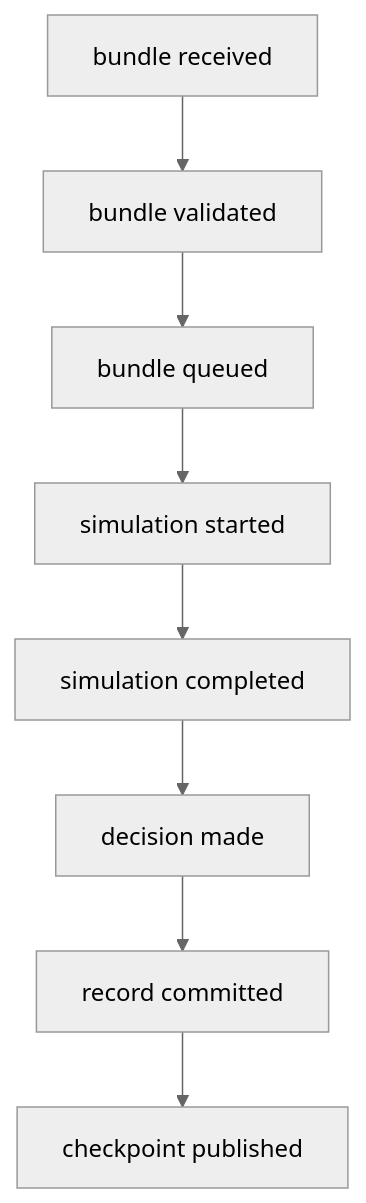
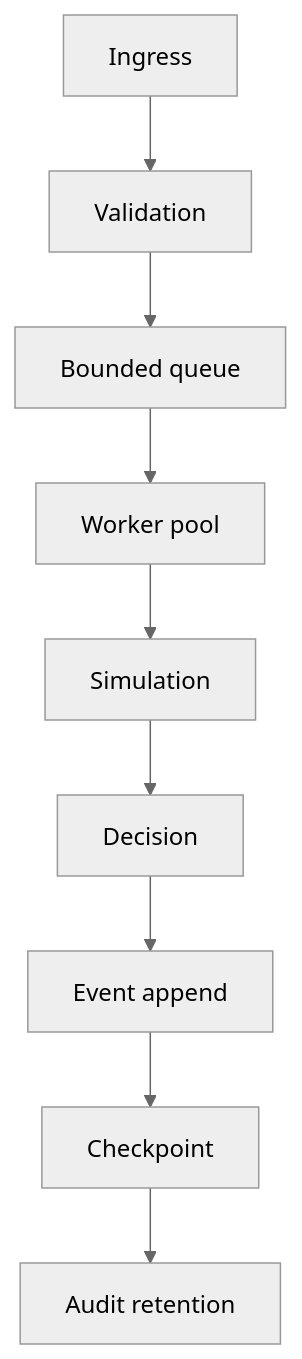
One commit to kofi-ska/swe-projects changed the second of 5 diagrams in blockchain/eth/mev/v2/README.md. Above: the diagram before and after it, drawn with Mermaid (neutral theme). The commit also changed other lines of this file and 37 other files, not shown here.

````diff
--- a/blockchain/eth/mev/v2/README.md
+++ b/blockchain/eth/mev/v2/README.md
@@ -92,10 +178,11 @@
 ```mermaid
 flowchart TB
-  A[bundle received] --> B[bundle validated]
-  B --> C[bundle queued]
-  C --> D[simulation started]
-  D --> E[simulation completed]
-  E --> F[decision made]
-  F --> G[record committed]
-  G --> H[checkpoint published]
+  I[Ingress] --> V[Validation]
+  V --> Q[Bounded queue]
+  Q --> W[Worker pool]
+  W --> S[Simulation]
+  S --> D[Decision]
+  D --> E[Event append]
+  E --> C[Checkpoint]
+  C --> A[Audit retention]
 ```
````
